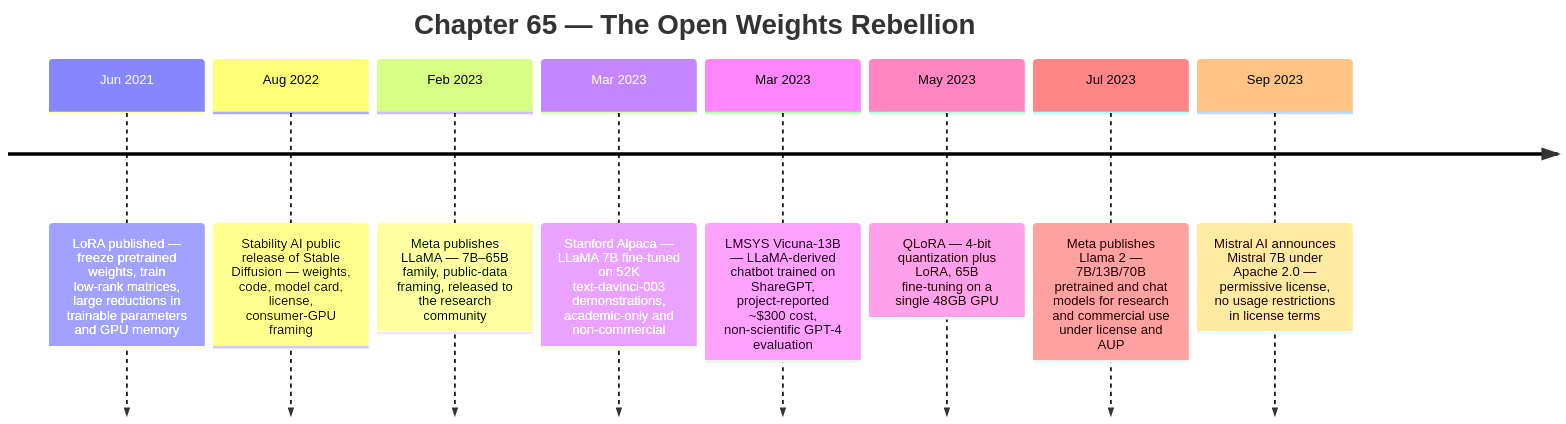
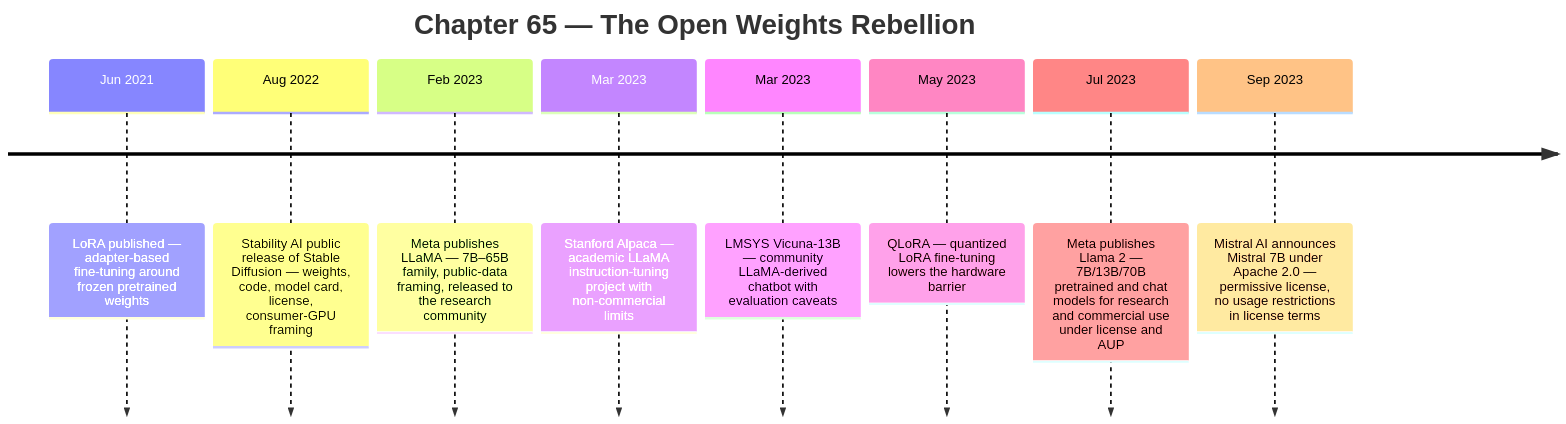
One commit to krisztiankoos/kubedojo changed the diagram in src/content/docs/ai-history/ch-65-the-open-weights-rebellion.md. Above: the diagram before and after it, drawn with Mermaid. The commit also changed other lines of this file and 2 other files, not shown here.

````diff
--- a/src/content/docs/ai-history/ch-65-the-open-weights-rebellion.md
+++ b/src/content/docs/ai-history/ch-65-the-open-weights-rebellion.md
@@ -29,12 +29,12 @@
 ```mermaid
 timeline
     title Chapter 65 — The Open Weights Rebellion
-    Jun 2021 : LoRA published — freeze pretrained weights, train low-rank matrices, large reductions in trainable parameters and GPU memory
+    Jun 2021 : LoRA published — adapter-based fine-tuning around frozen pretrained weights
     Aug 2022 : Stability AI public release of Stable Diffusion — weights, code, model card, license, consumer-GPU framing
     Feb 2023 : Meta publishes LLaMA — 7B–65B family, public-data framing, released to the research community
-    Mar 2023 : Stanford Alpaca — LLaMA 7B fine-tuned on 52K text-davinci-003 demonstrations, academic-only and non-commercial
-    Mar 2023 : LMSYS Vicuna-13B — LLaMA-derived chatbot trained on ShareGPT, project-reported ~$300 cost, non-scientific GPT-4 evaluation
-    May 2023 : QLoRA — 4-bit quantization plus LoRA, 65B fine-tuning on a single 48GB GPU
+    Mar 2023 : Stanford Alpaca — academic LLaMA instruction-tuning project with non-commercial limits
+    Mar 2023 : LMSYS Vicuna-13B — community LLaMA-derived chatbot with evaluation caveats
+    May 2023 : QLoRA — quantized LoRA fine-tuning lowers the hardware barrier
     Jul 2023 : Meta publishes Llama 2 — 7B/13B/70B pretrained and chat models for research and commercial use under license and AUP
     Sep 2023 : Mistral AI announces Mistral 7B under Apache 2.0 — permissive license, no usage restrictions in license terms
 ```
````
